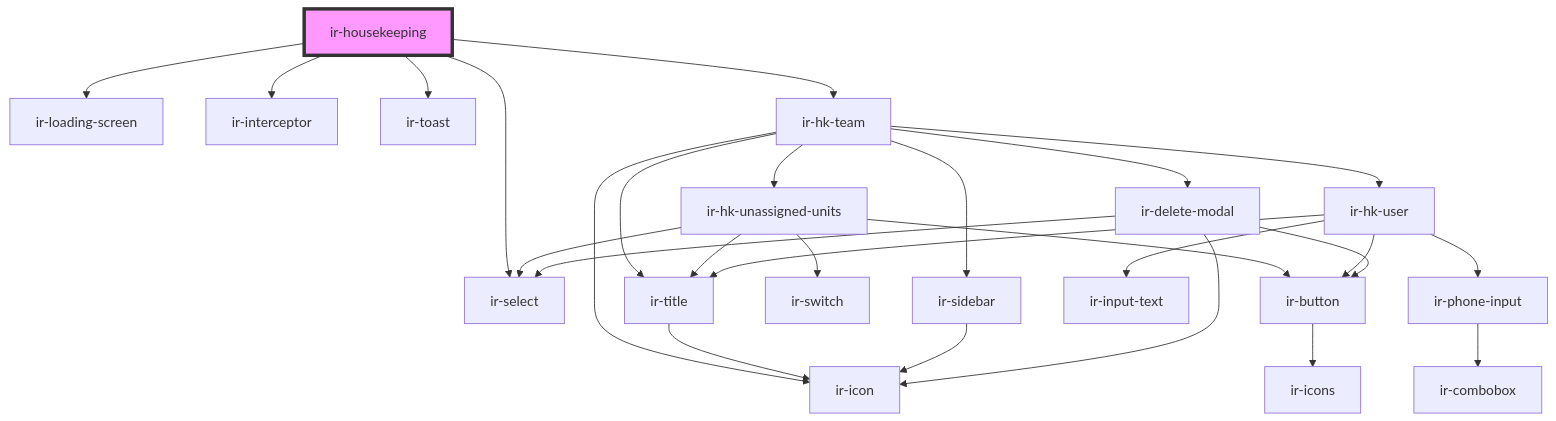
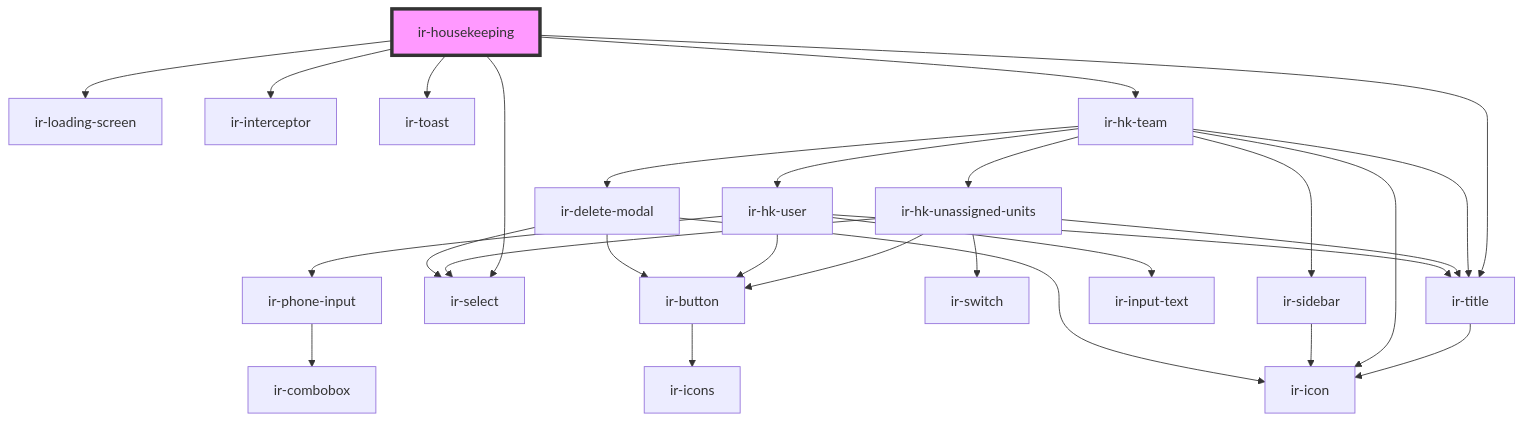
The diagram in src/components/ir-housekeeping/readme.md (David1Chowaifaty/modified-ir-webcmp), drawn with Mermaid before and after one commit. The commit also changed other lines of this file and 28 other files, not shown here.

````diff
--- a/src/components/ir-housekeeping/readme.md
+++ b/src/components/ir-housekeeping/readme.md
@@ -29,30 +30,31 @@
 ```mermaid
 graph TD;
   ir-housekeeping --> ir-loading-screen
   ir-housekeeping --> ir-interceptor
   ir-housekeeping --> ir-toast
+  ir-housekeeping --> ir-title
   ir-housekeeping --> ir-select
   ir-housekeeping --> ir-hk-team
+  ir-title --> ir-icon
   ir-hk-team --> ir-hk-unassigned-units
   ir-hk-team --> ir-hk-user
   ir-hk-team --> ir-title
   ir-hk-team --> ir-icon
   ir-hk-team --> ir-sidebar
   ir-hk-team --> ir-delete-modal
   ir-hk-unassigned-units --> ir-select
   ir-hk-unassigned-units --> ir-switch
   ir-hk-unassigned-units --> ir-title
   ir-hk-unassigned-units --> ir-button
-  ir-title --> ir-icon
   ir-button --> ir-icons
   ir-hk-user --> ir-title
   ir-hk-user --> ir-input-text
   ir-hk-user --> ir-phone-input
   ir-hk-user --> ir-button
   ir-phone-input --> ir-combobox
   ir-sidebar --> ir-icon
   ir-delete-modal --> ir-icon
   ir-delete-modal --> ir-select
   ir-delete-modal --> ir-button
   style ir-housekeeping fill:#f9f,stroke:#333,stroke-width:4px
 ```
````
